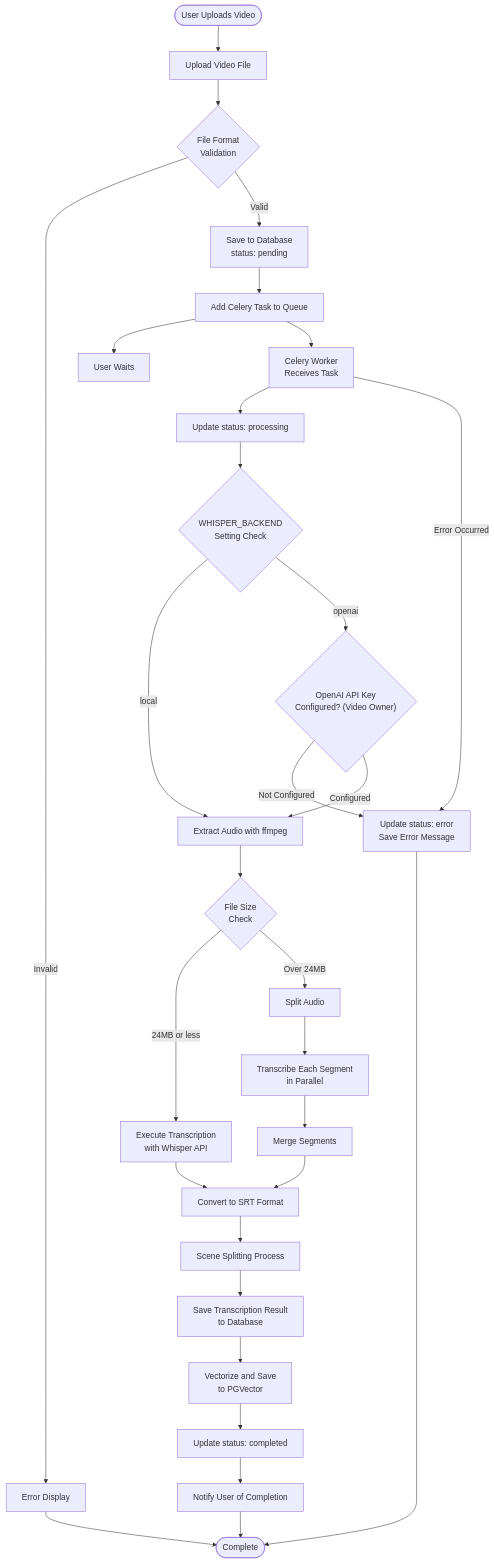
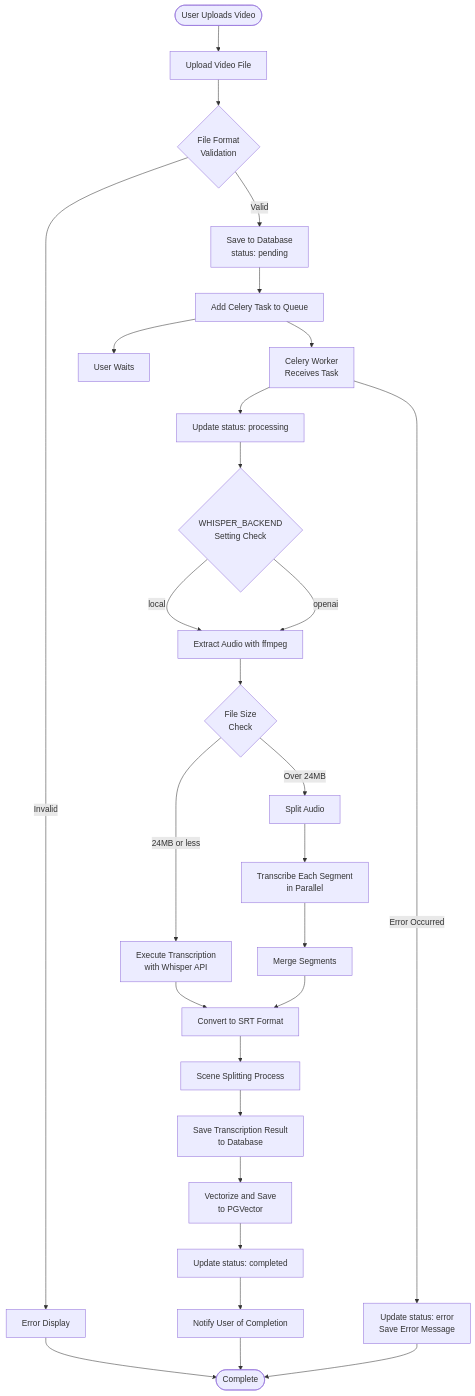
Before and after one commit to yukiharada1228/videoq: the first of 5 diagrams in docs/requirements/activity-diagram.md, drawn with Mermaid. The commit also changed other lines of this file and 11 other files, not shown here.

````diff
--- a/docs/requirements/activity-diagram.md
+++ b/docs/requirements/activity-diagram.md
@@ -9,34 +9,32 @@
 ```mermaid
 flowchart TD
     Start([User Uploads Video]) --> Upload[Upload Video File]
     Upload --> Validate{"File Format<br>Validation"}
     Validate -->|Invalid| Error1[Error Display]
     Validate -->|Valid| Save[Save to Database<br/>status: pending]
     Save --> Queue[Add Celery Task to Queue]
     Queue --> Wait[User Waits]
     
     Queue --> Worker[Celery Worker<br/>Receives Task]
     Worker --> UpdateStatus1[Update status: processing]
     UpdateStatus1 --> CheckBackend{"WHISPER_BACKEND<br>Setting Check"}
     CheckBackend -->|local| Extract[Extract Audio with ffmpeg]
-    CheckBackend -->|openai| CheckAPIKey{"OpenAI API Key<br>Configured? (Video Owner)"}
-    CheckAPIKey -->|Not Configured| UpdateError
-    CheckAPIKey -->|Configured| Extract
+    CheckBackend -->|openai| Extract[Extract Audio with ffmpeg]
     Extract --> CheckSize{"File Size<br>Check"}
     CheckSize -->|24MB or less| Transcribe1[Execute Transcription<br/>with Whisper API]
     CheckSize -->|Over 24MB| Split[Split Audio]
     Split --> Transcribe2[Transcribe Each Segment<br/>in Parallel]
     Transcribe2 --> Merge[Merge Segments]
     Merge --> CreateSRT[Convert to SRT Format]
     Transcribe1 --> CreateSRT
     CreateSRT --> SceneSplit[Scene Splitting Process]
     SceneSplit --> SaveTranscript[Save Transcription Result<br/>to Database]
     SaveTranscript --> Vectorize[Vectorize and Save<br/>to PGVector]
     Vectorize --> UpdateStatus2[Update status: completed]
     UpdateStatus2 --> Notify[Notify User of Completion]
     Notify --> End([Complete])
     
     Error1 --> End
     Worker -->|Error Occurred| UpdateError[Update status: error<br/>Save Error Message]
     UpdateError --> End
 ```
````
